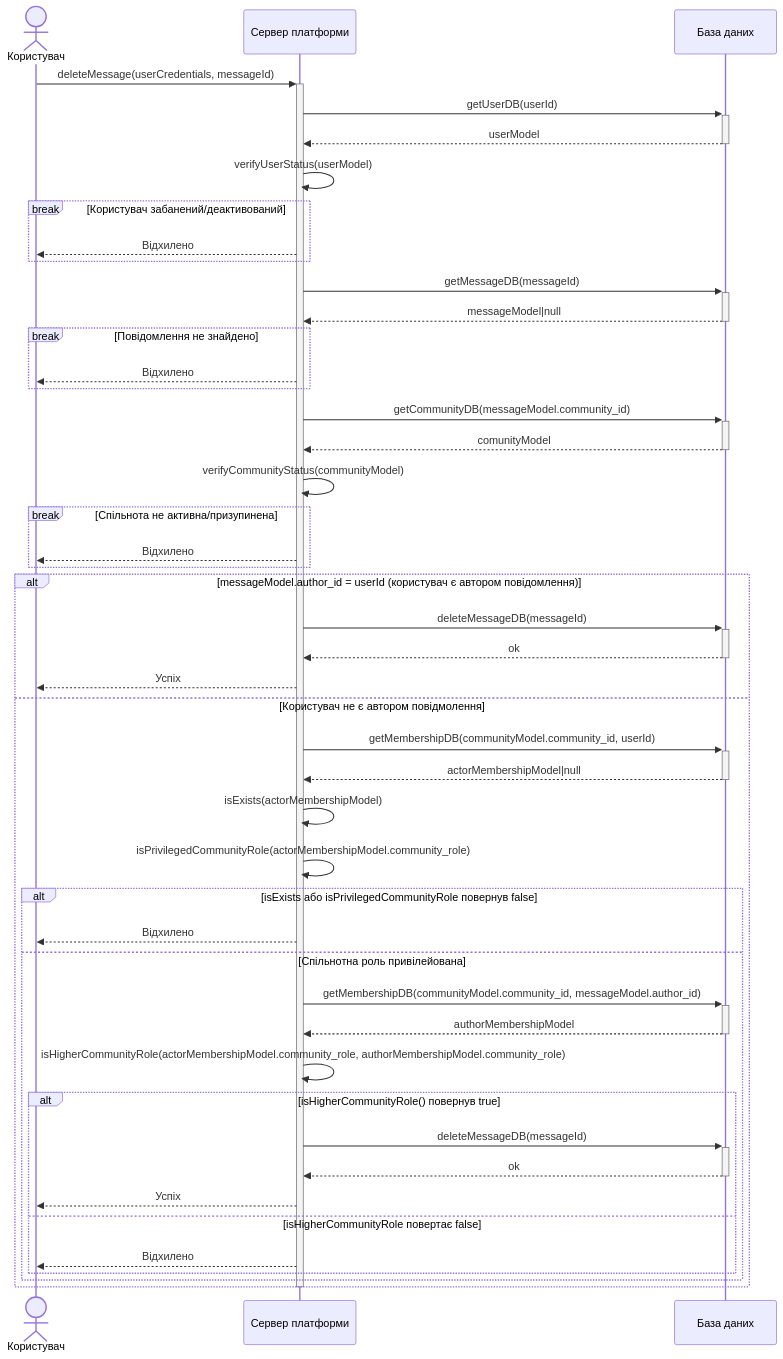
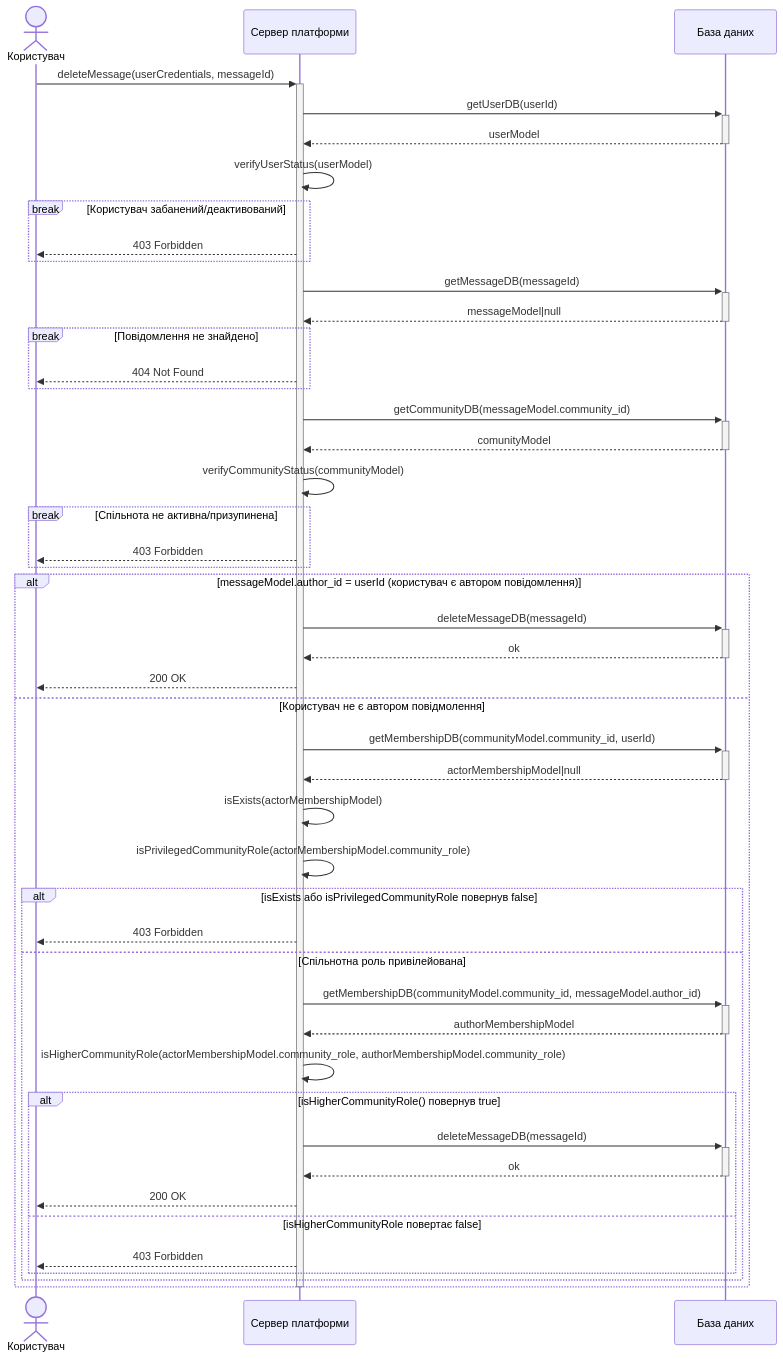
Before and after one commit to devl0g/KPI_lab3: the diagram in models/sequences/us2.mmd, drawn with Mermaid. The commit also changed 1 other file, not shown here.

Commit message:
feat: http errors from server

```diff
--- a/models/sequences/us2.mmd
+++ b/models/sequences/us2.mmd
@@ -1,57 +1,57 @@
 sequenceDiagram
   actor User as Користувач
   participant Server as Сервер платформи
   participant DB as База даних
 
   User->>+Server: deleteMessage(userCredentials, messageId)
   Server->>+DB: getUserDB(userId)
   DB-->>-Server: userModel
   Server->>Server: verifyUserStatus(userModel)
 
   break Користувач забанений/деактивований
-    Server-->>User: Відхилено
+    Server-->>User: 403 Forbidden
   end
 
   Server->>+DB: getMessageDB(messageId)
   DB-->>-Server: messageModel|null
 
   break Повідомлення не знайдено
-    Server-->>User: Відхилено
+    Server-->>User: 404 Not Found
   end
 
   Server->>+DB: getCommunityDB(messageModel.community_id)
   DB-->>-Server: comunityModel
   Server->>Server: verifyCommunityStatus(communityModel)
 
   break Спільнота не активна/призупинена
-    Server-->>User: Відхилено
+    Server-->>User: 403 Forbidden
   end
 
   alt messageModel.author_id = userId (користувач є автором повідомлення)
     Server->>+DB: deleteMessageDB(messageId)
     DB-->>-Server: ok
-    Server-->>User: Успіх
+    Server-->>User: 200 OK
   else Користувач не є автором повідмолення
     Server->>+DB: getMembershipDB(communityModel.community_id, userId)
     DB-->>-Server: actorMembershipModel|null
-
     Server->>Server: isExists(actorMembershipModel)
     Server->>Server: isPrivilegedCommunityRole(actorMembershipModel.community_role)
+
     alt isExists або isPrivilegedCommunityRole повернув false
-      Server-->>User: Відхилено
+      Server-->>User: 403 Forbidden
     else Спільнотна роль привілейована
       Server->>+DB: getMembershipDB(communityModel.community_id, messageModel.author_id)
       DB-->>-Server: authorMembershipModel
       Server->>Server: isHigherCommunityRole(actorMembershipModel.community_role, authorMembershipModel.community_role)
 
       alt isHigherCommunityRole() повернув true
         Server->>+DB: deleteMessageDB(messageId)
         DB-->>-Server: ok
-        Server-->>User: Успіх
+        Server-->>User: 200 OK
       else isHigherCommunityRole повертає false
-        Server-->>User: Відхилено
+        Server-->>User: 403 Forbidden
       end
     end
   end
 
   deactivate Server
```
